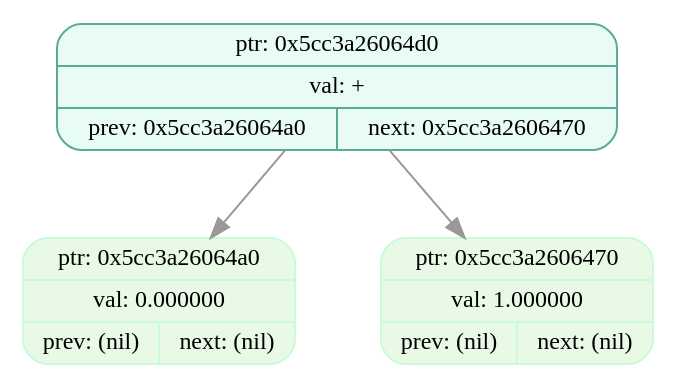
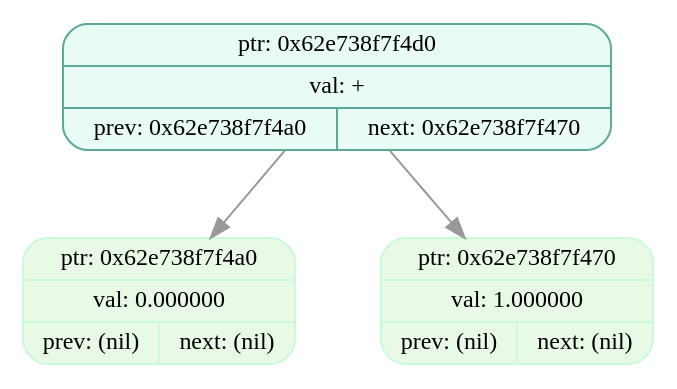
The diagram in dumps/tree_dump_004.dot (EvilTomato9890/Difference), drawn with Graphviz before and after one commit. The commit also changed 37 other files, not shown here.

```diff
--- a/dumps/tree_dump_004.dot
+++ b/dumps/tree_dump_004.dot
@@ -1,9 +1,9 @@
 digraph T{
   node [fontname="Fira Mono",shape=record,style="filled,rounded",fontsize=12];
   graph [splines=true, nodesep=0.6, ranksep=0.6];
-  node_0x5cc3a26064d0[shape=record,label="{ {ptr: 0x5cc3a26064d0} | {val: +} | { prev: 0x5cc3a26064a0 | next: 0x5cc3a2606470 } }",color="#5aa99b",fillcolor="#e9fbf5"];
-  node_0x5cc3a26064a0[shape=record,label="{ {ptr: 0x5cc3a26064a0} | {val: 0.000000} | { prev: (nil) | next: (nil) } }",color="#c9fbdbff",fillcolor="#e8f9e5ff"];
-  node_0x5cc3a2606470[shape=record,label="{ {ptr: 0x5cc3a2606470} | {val: 1.000000} | { prev: (nil) | next: (nil) } }",color="#c9fbdbff",fillcolor="#e8f9e5ff"];
-  node_0x5cc3a26064d0 -> node_0x5cc3a26064a0 [color="#999999"];
-  node_0x5cc3a26064d0 -> node_0x5cc3a2606470 [color="#999999"];
+  node_0x62e738f7f4d0[shape=record,label="{ {ptr: 0x62e738f7f4d0} | {val: +} | { prev: 0x62e738f7f4a0 | next: 0x62e738f7f470 } }",color="#5aa99b",fillcolor="#e9fbf5"];
+  node_0x62e738f7f4a0[shape=record,label="{ {ptr: 0x62e738f7f4a0} | {val: 0.000000} | { prev: (nil) | next: (nil) } }",color="#c9fbdbff",fillcolor="#e8f9e5ff"];
+  node_0x62e738f7f470[shape=record,label="{ {ptr: 0x62e738f7f470} | {val: 1.000000} | { prev: (nil) | next: (nil) } }",color="#c9fbdbff",fillcolor="#e8f9e5ff"];
+  node_0x62e738f7f4d0 -> node_0x62e738f7f4a0 [color="#999999"];
+  node_0x62e738f7f4d0 -> node_0x62e738f7f470 [color="#999999"];
 }
```
